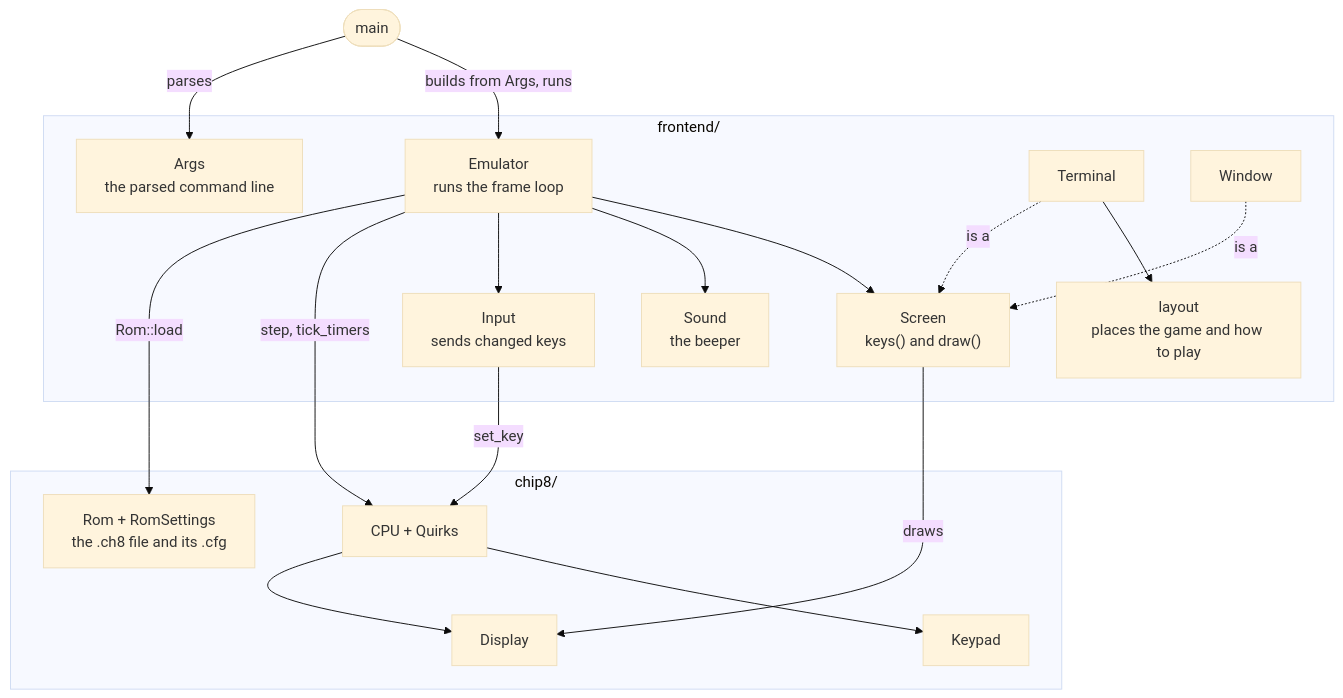
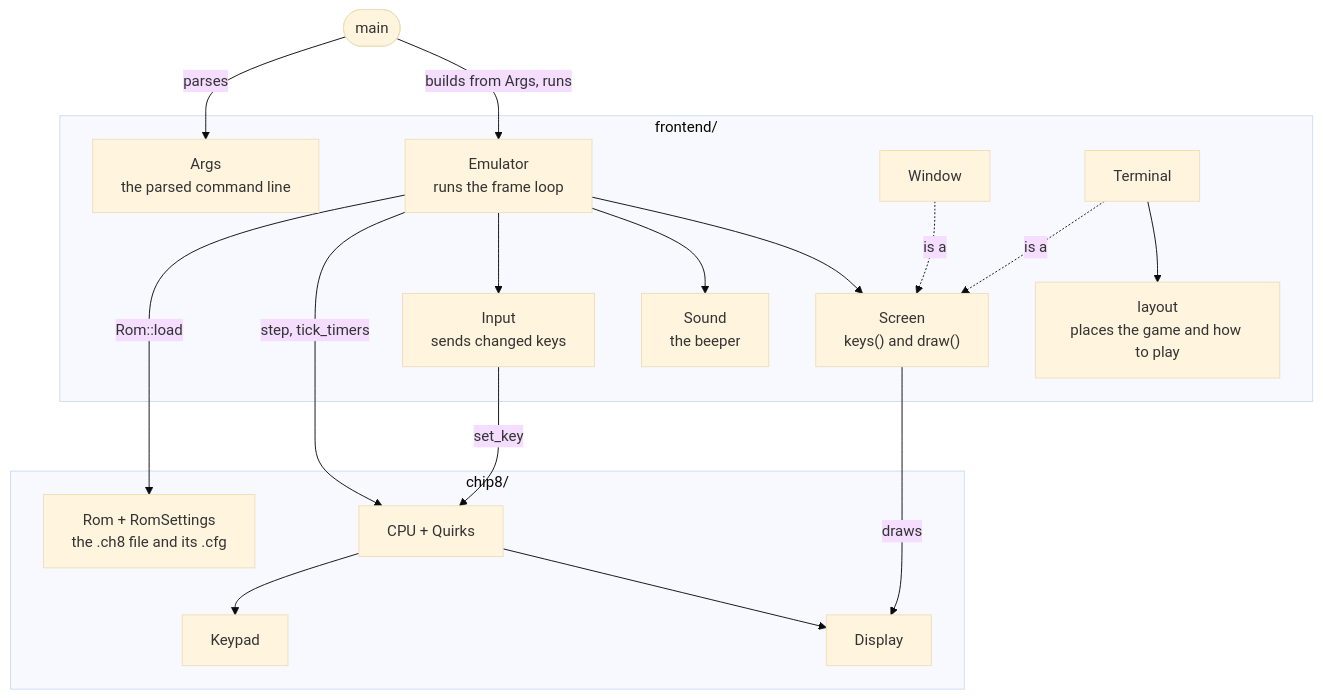
One commit to ignatiusreza/chip8 changed the first of 2 diagrams in README.md. Above: the diagram before and after it, drawn with Mermaid (base theme). The commit also changed other lines of this file, not shown here.

Commit message:
cleanup diagram

````diff
--- a/README.md
+++ b/README.md
@@ -144,37 +144,37 @@
 ```mermaid
 flowchart TB
     main(["main"])
 
     subgraph frontend["frontend/"]
         args["Args<br/>the parsed command line"]
         emulator["Emulator<br/>runs the frame loop"]
+        sound["Sound<br/>the beeper"]
         input["Input<br/>sends changed keys"]
-        sound["Sound<br/>the beeper"]
         screen["Screen<br/>keys() and draw()"]
+        window["Window"]
         terminal["Terminal"]
-        window["Window"]
         layout["layout<br/>places the game and how to play"]
     end
 
     subgraph core["chip8/"]
+        cpu["CPU + Quirks"]
         rom["Rom + RomSettings<br/>the .ch8 file and its .cfg"]
-        cpu["CPU + Quirks"]
+        keypad["Keypad"]
         display["Display"]
-        keypad["Keypad"]
     end
 
     main -->|parses| args
     main -->|builds from Args, runs| emulator
     emulator -->|Rom::load| rom
     emulator -->|step, tick_timers| cpu
     emulator --> input
     emulator --> sound
     emulator --> screen
+    window -.->|is a| screen
     terminal -.->|is a| screen
-    window -.->|is a| screen
     terminal --> layout
     input -->|set_key| cpu
     screen -->|draws| display
+    cpu --> keypad
     cpu --> display
-    cpu --> keypad
 ```
````
